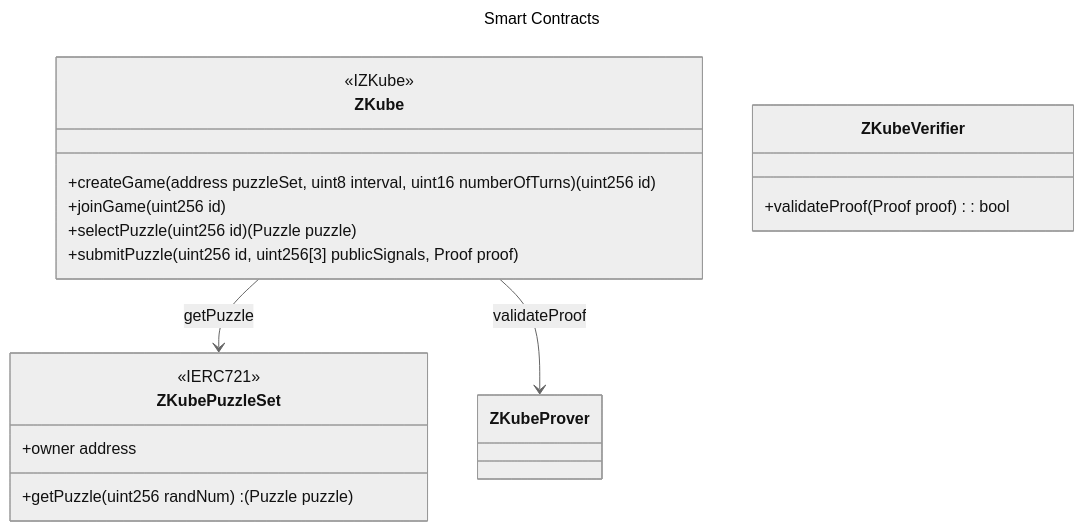
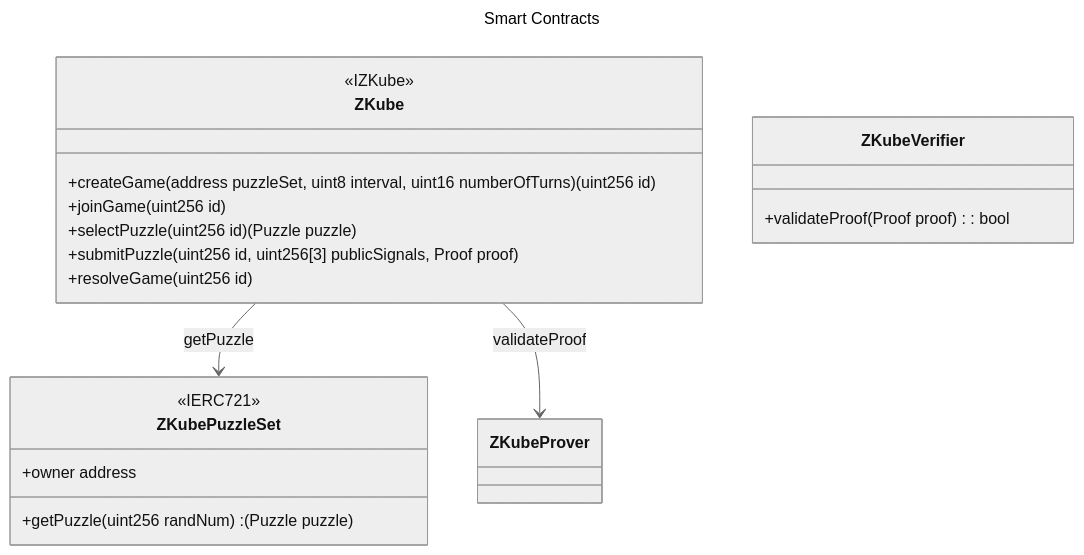
Before and after one commit to mycenaean-n/zkomposer: the diagram in README.md, drawn with Mermaid (neutral theme). The commit also changed other lines of this file and 5 other files, not shown here.

Commit message:
feat: resolveGame + formatting

````diff
--- a/README.md
+++ b/README.md
@@ -20,29 +20,30 @@
 ```mermaid
 ---
 title: Smart Contracts
 ---
 classDiagram
 class ZKube{
     <<IZKube>>
     +createGame(address puzzleSet, uint8 interval, uint16 numberOfTurns) (uint256 id)
     +joinGame(uint256 id)
     +selectPuzzle(uint256 id) (Puzzle puzzle)
     +submitPuzzle(uint256 id, uint256[3] publicSignals, Proof proof)
+    +resolveGame(uint256 id)
 }
 
 class ZKubePuzzleSet {
         <<IERC721>>
         +owner address
         +getPuzzle(uint256 randNum) : (Puzzle puzzle)
 } 
 
 ZKube --> ZKubePuzzleSet: getPuzzle
 
 class ZKubeVerifier {
     +validateProof (Proof proof) : bool
 }
 
 ZKube --> ZKubeProver: validateProof
 
 
 ```
````
